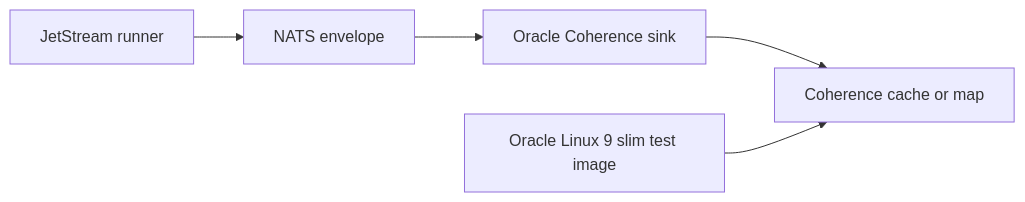
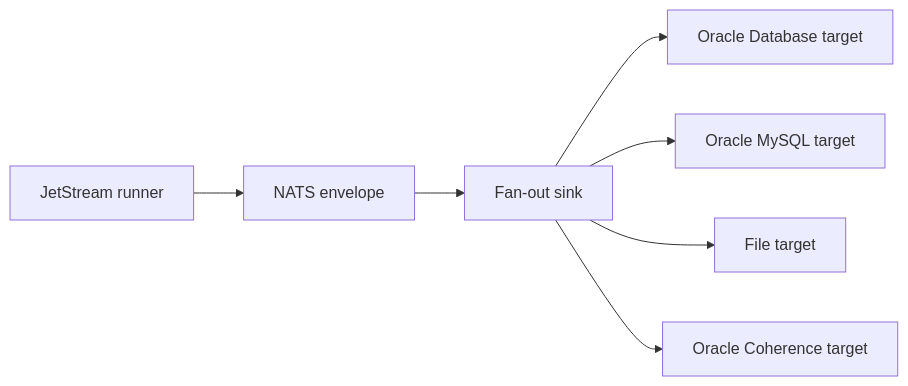
The diagram in docs/test-report.md (ProjectCuillin/nats-sinks), drawn with Mermaid before and after one commit. The commit also changed other lines of this file and 13 other files, not shown here.

Commit message:
Add multi-sink routing e2e flow

````diff
--- a/docs/test-report.md
+++ b/docs/test-report.md
@@ -32,7 +32,9 @@
 ```mermaid
 flowchart LR
     Runner[JetStream runner] --> Envelope[NATS envelope]
-    Envelope --> Coherence[Oracle Coherence sink]
-    Coherence --> Cache[Coherence cache or map]
-    TestImage[Oracle Linux 9 slim test image] --> Cache
+    Envelope --> Fanout[Fan-out sink]
+    Fanout --> Oracle[Oracle Database target]
+    Fanout --> MySQL[Oracle MySQL target]
+    Fanout --> File[File target]
+    Fanout --> Coherence[Oracle Coherence target]
 ```
````
